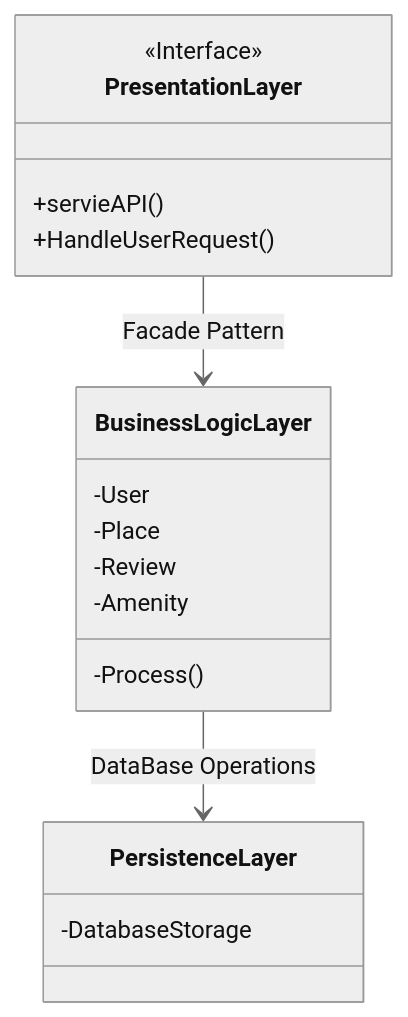
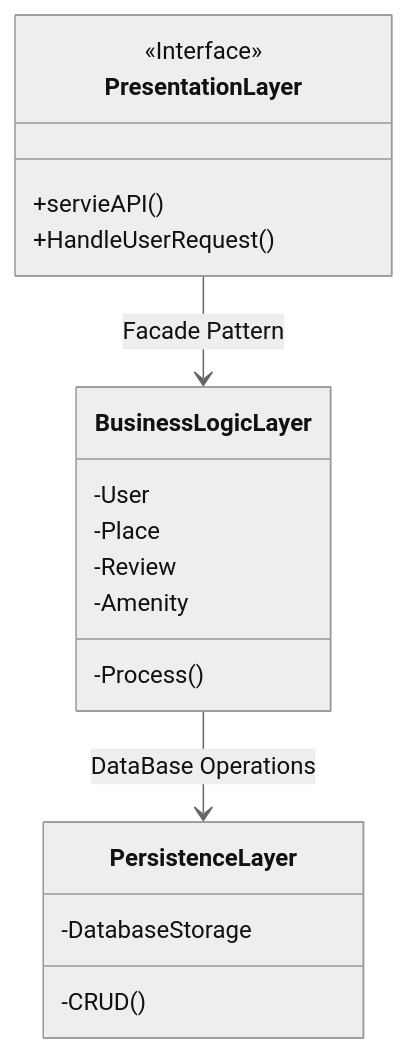
Before and after one commit to Basco64/HBNB_UML: the diagram in High-Level_Package_Diagram.md, drawn with Mermaid (neutral theme).

````diff
--- a/High-Level_Package_Diagram.md
+++ b/High-Level_Package_Diagram.md
@@ -1,22 +1,23 @@
 ```mermaid
 classDiagram
 
 class PresentationLayer {
     <<Interface>>
     +servieAPI()
     +HandleUserRequest()
 }
 class BusinessLogicLayer {
     -User
     -Place
     -Review
     -Amenity
     -Process()
 }
 class PersistenceLayer {
     -DatabaseStorage
+    -CRUD()
 }
 
 PresentationLayer --> BusinessLogicLayer : Facade Pattern
 BusinessLogicLayer --> PersistenceLayer : DataBase Operations
 ```
````
